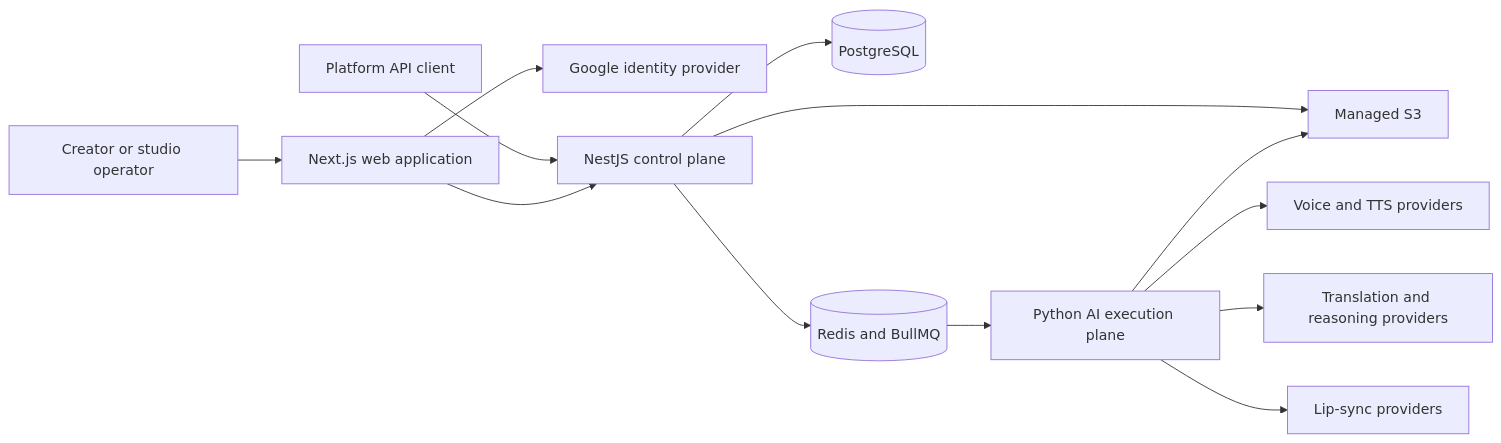
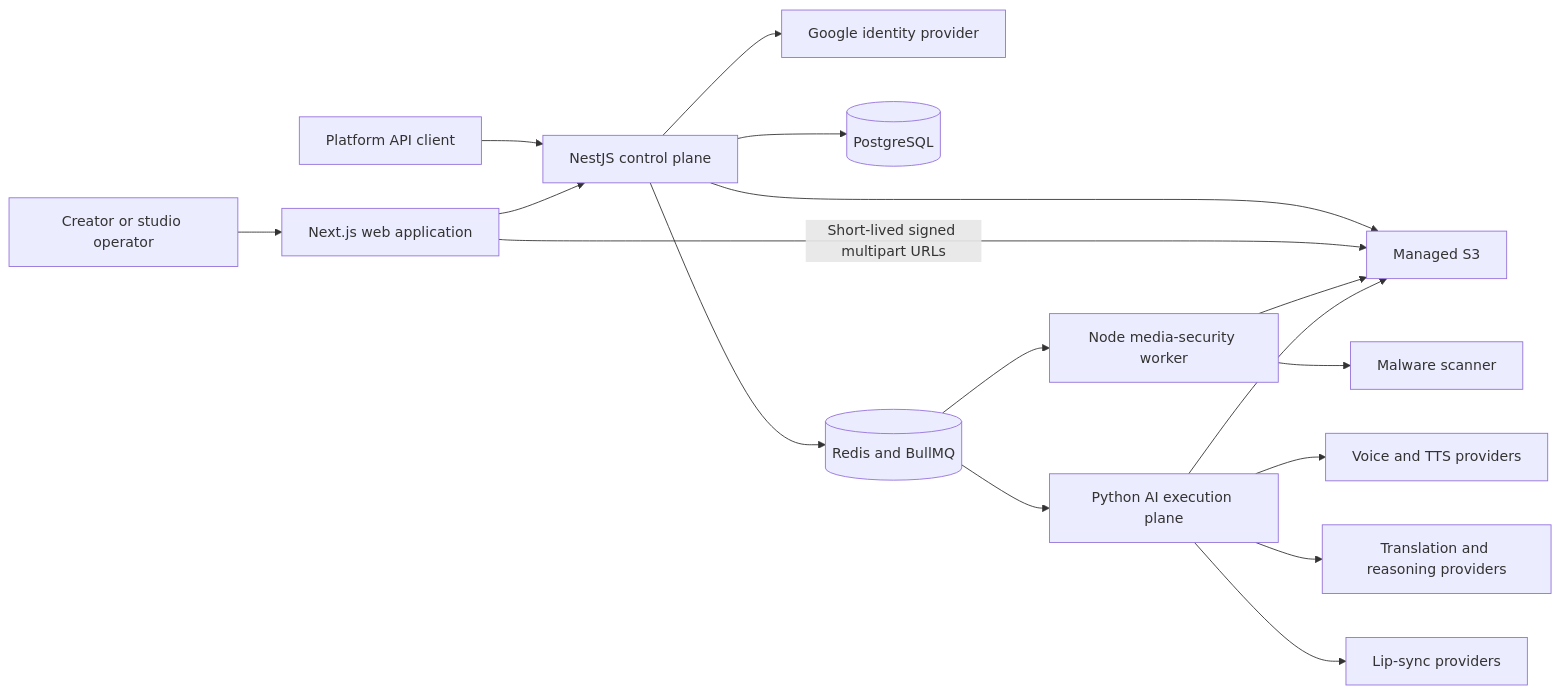
The first of 4 diagrams in docs/architecture/system-context.md (RahulRanjann/VoiceVerse-AI), drawn with Mermaid before and after one commit. The commit also changed other lines of this file and 121 other files, not shown here.

Commit message:
feat: implement secure identity, authenticated media ingestion, and background scanning architecture

````diff
--- a/docs/architecture/system-context.md
+++ b/docs/architecture/system-context.md
@@ -5,23 +5,28 @@
 ```mermaid
 flowchart LR
     Creator[Creator or studio operator]
     Partner[Platform API client]
     IdP[Google identity provider]
     TTS[Voice and TTS providers]
     LLM[Translation and reasoning providers]
     Lip[Lip-sync providers]
     S3[Managed S3]
+    Scanner[Malware scanner]
 
     Creator --> Web[Next.js web application]
     Partner --> API[NestJS control plane]
     Web --> API
-    Web --> IdP
+    API --> IdP
     API --> DB[(PostgreSQL)]
     API --> Queue[(Redis and BullMQ)]
     API --> S3
+    Web -->|Short-lived signed multipart URLs| S3
+    Queue --> Worker[Node media-security worker]
+    Worker --> S3
+    Worker --> Scanner
     Queue --> AI[Python AI execution plane]
     AI --> S3
     AI --> TTS
     AI --> LLM
     AI --> Lip
 ```
````
